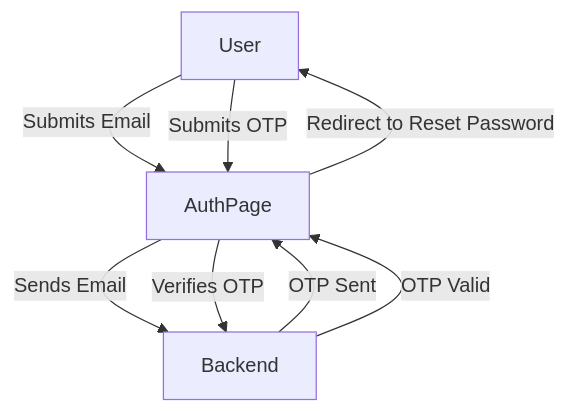
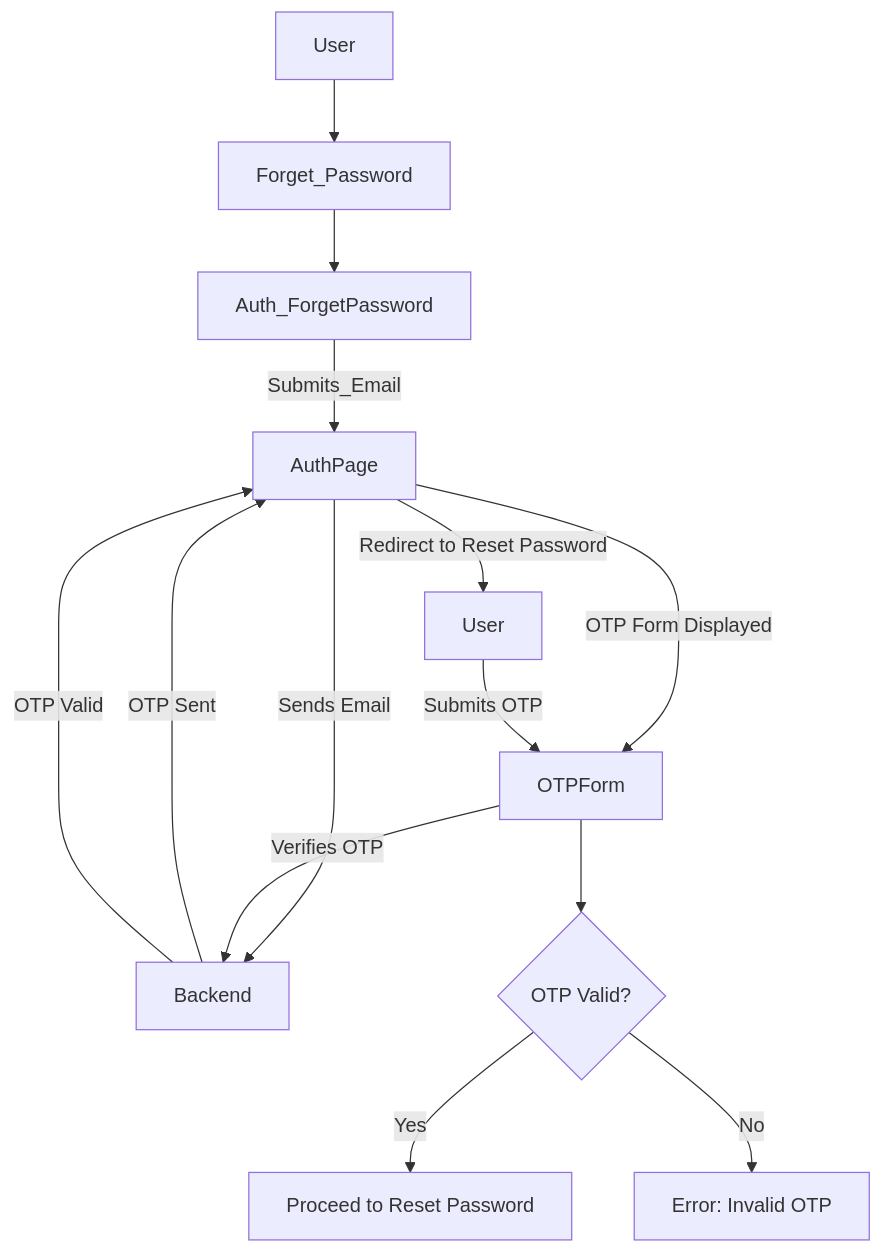
The diagram in README.md (OscuroBok/OscuroBok_dashboard_FE), drawn with Mermaid before and after one commit. The commit also changed other lines of this file, not shown here.

Commit message:
Update README and diagram added.md

````diff
--- a/README.md
+++ b/README.md
@@ -47,11 +34,23 @@
 ```mermaid
 graph TD
-    User --> |Submits Email| AuthPage
+    %% Step 1: User submits email to begin the reset process
+    A[User] --> B[Forget Password]
+    B[Forget_Password] --> C[Auth_ForgetPassword]
+    C[Auth_ForgetPassword] --> |Submits_Email| AuthPage
     AuthPage --> |Sends Email| Backend
     Backend --> |OTP Sent| AuthPage
-    User --> |Submits OTP| AuthPage
-    AuthPage --> |Verifies OTP| Backend
+    
+    %% Step 2: OTP Form is displayed to the user
+    AuthPage --> |OTP Form Displayed| OTPForm
+    User --> |Submits OTP| OTPForm
+    OTPForm --> |Verifies OTP| Backend
     Backend --> |OTP Valid| AuthPage
+    
+    %% Step 3: Conditional handling of OTP validation
+    OTPForm --> E{OTP Valid?}
+    E -->|Yes| F[Proceed to Reset Password]
+    E -->|No| G[Error: Invalid OTP]
+
+    %% Final redirection step after OTP validation
     AuthPage --> |Redirect to Reset Password| User
-
 ```
````
